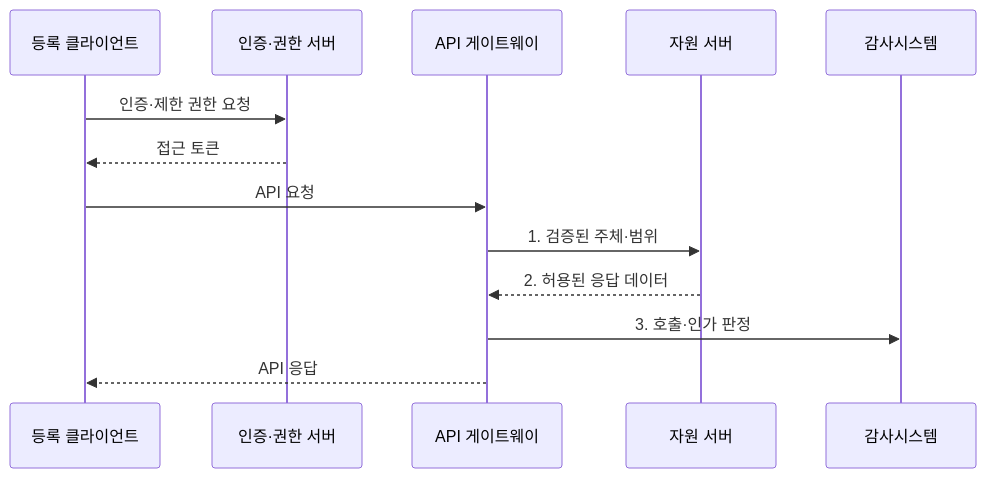
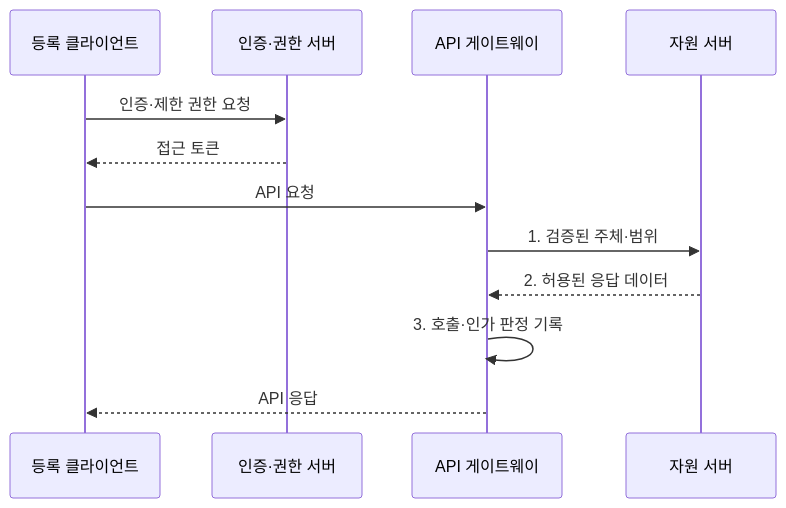
The second of 2 diagrams in src/content/docs/notes/05-security/053_secure_api_design.md (agnusdei1207/knowledge-base), drawn with Mermaid before and after one commit. The commit also changed other lines of this file and 8 other files, not shown here.

Commit message:
Consolidate access control sequence roles

````diff
--- a/src/content/docs/notes/05-security/053_secure_api_design.md
+++ b/src/content/docs/notes/05-security/053_secure_api_design.md
@@ -95,15 +95,14 @@
 ```mermaid
 sequenceDiagram
     participant C as 등록 클라이언트
     participant A as 인증·권한 서버
     participant G as API 게이트웨이
     participant R as 자원 서버
-    participant 감사시스템
     C->>A: 인증·제한 권한 요청
     A-->>C: 접근 토큰
     C->>G: API 요청
     G->>R: 1. 검증된 주체·범위
     R-->>G: 2. 허용된 응답 데이터
-    G->>감사시스템: 3. 호출·인가 판정
+    G->>G: 3. 호출·인가 판정 기록
     G-->>C: API 응답
 ```
````
